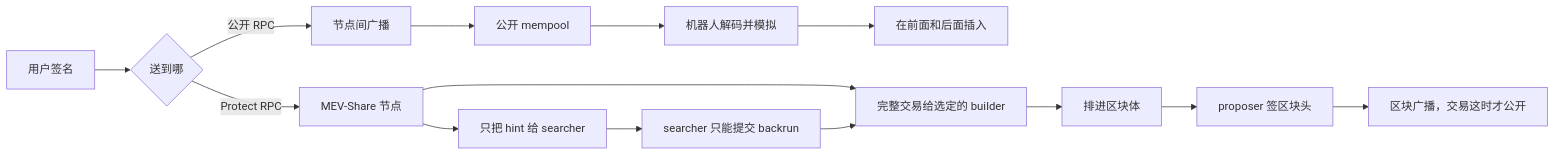
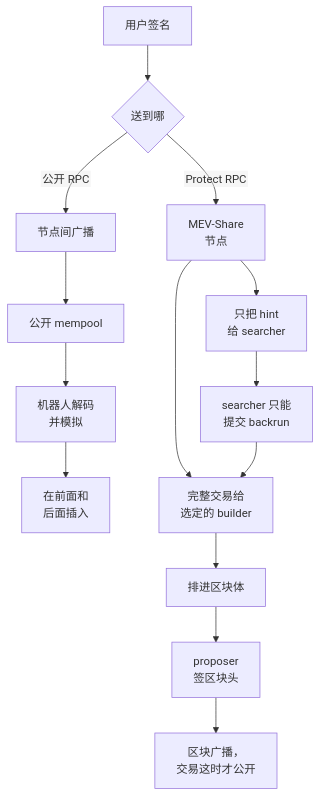
One commit to lbc-2026s3/bootcamp_2026_s3_vibe_coding_foundry changed the third of 4 diagrams in docs/flashbots-private-tx.md. Above: the diagram before and after it, drawn with Mermaid.

Commit message:
chore: update flashbots

````diff
--- a/docs/flashbots-private-tx.md
+++ b/docs/flashbots-private-tx.md
@@ -138,16 +138,17 @@
 ```mermaid
-flowchart LR
+%%{init: {"flowchart": {"htmlLabels": false, "wrappingWidth": 200}}}%%
+flowchart TB
   sign[用户签名] --> choice{送到哪}
   choice -->|公开 RPC| gossip[节点间广播]
   gossip --> mem[公开 mempool]
-  mem --> bots[机器人解码并模拟]
-  bots --> sandwich[在前面和后面插入]
-  choice -->|Protect RPC| node[MEV-Share 节点]
-  node --> hints[只把 hint 给 searcher]
-  node --> builders[完整交易给选定的 builder]
-  hints --> backrun[searcher 只能提交 backrun]
+  mem --> bots["机器人解码<br/>并模拟"]
+  bots --> sandwich["在前面和<br/>后面插入"]
+  choice -->|Protect RPC| node["MEV-Share<br/>节点"]
+  node --> hints["只把 hint<br/>给 searcher"]
+  node --> builders["完整交易给<br/>选定的 builder"]
+  hints --> backrun["searcher 只能<br/>提交 backrun"]
   backrun --> builders
   builders --> block[排进区块体]
-  block --> seal[proposer 签区块头]
-  seal --> public[区块广播，交易这时才公开]
+  block --> seal["proposer<br/>签区块头"]
+  seal --> public["区块广播，<br/>交易这时才公开"]
 ```
````
